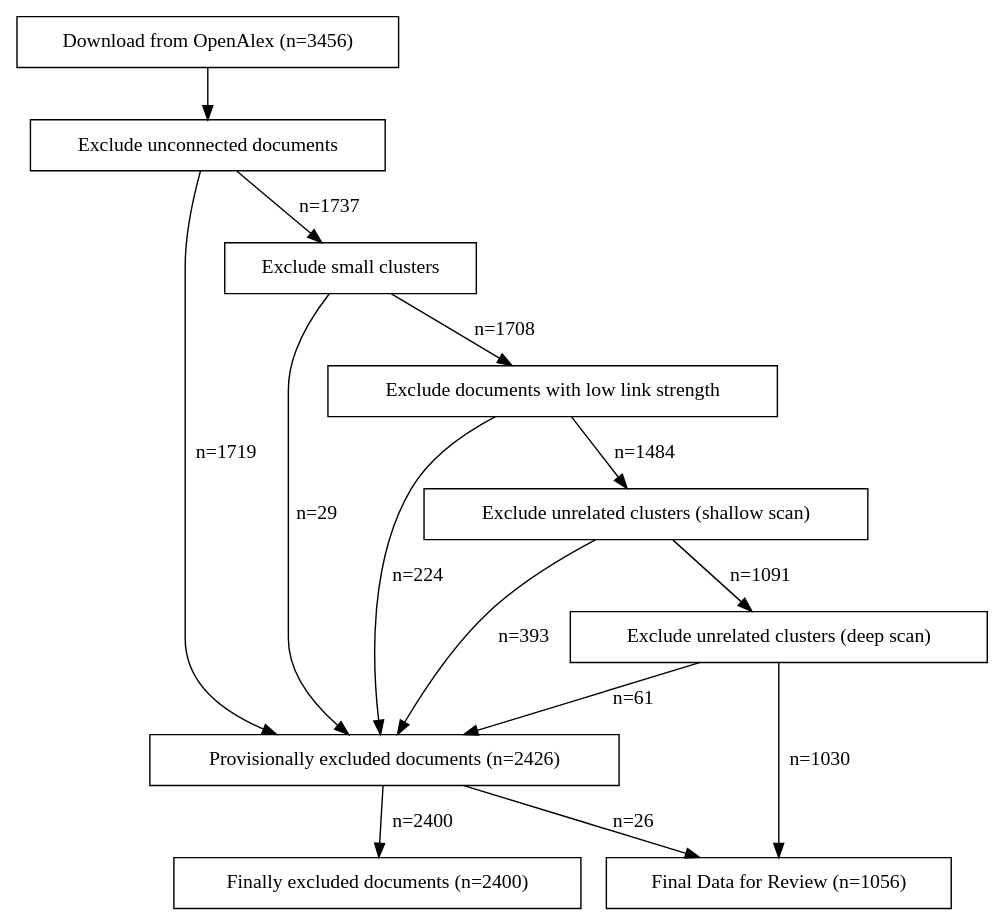
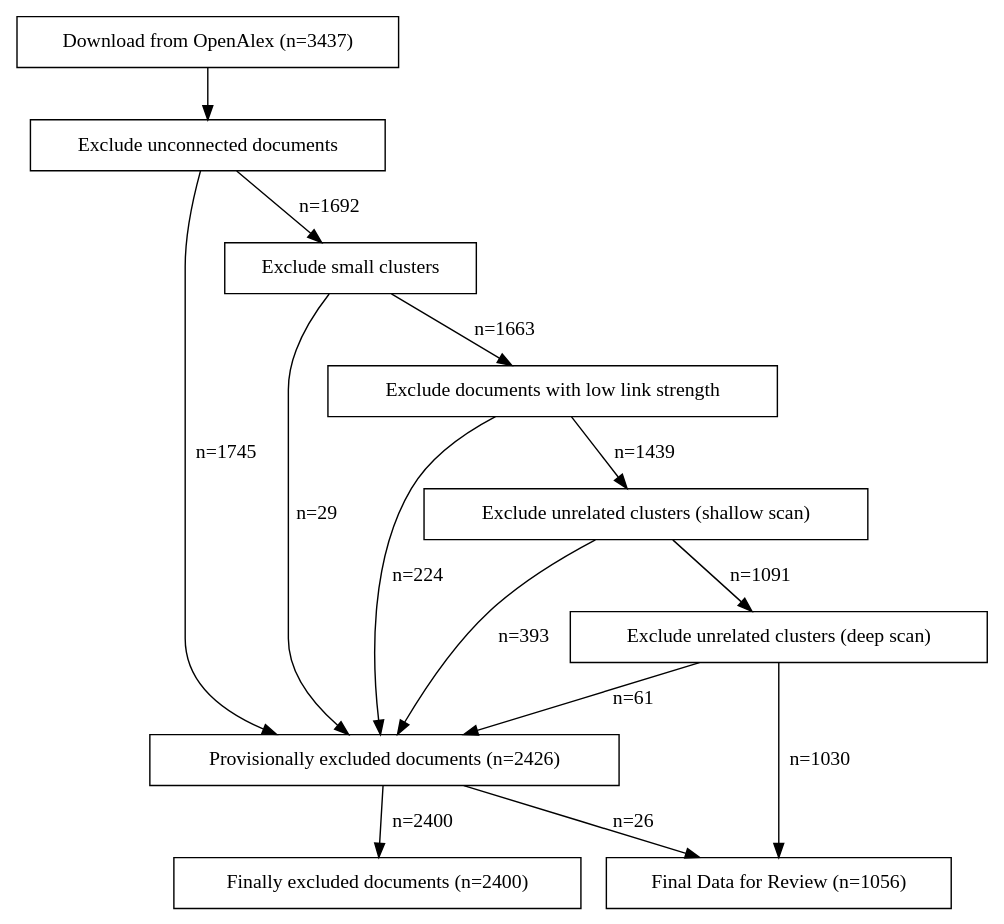
Before and after one commit to florianjehn/bibliometrics: the diagram in docs/flowchart.dot, drawn with Graphviz. The commit also changed 9 other files, not shown here.

```diff
--- a/docs/flowchart.dot
+++ b/docs/flowchart.dot
@@ -1,31 +1,31 @@
 digraph G {
     node [shape=box];
 
-    load_data [label="Download from OpenAlex (n=3456)"];
+    load_data [label="Download from OpenAlex (n=3437)"];
     filter_unconnected_documents [label="Exclude unconnected documents"];
     filter_clusters [label="Exclude small clusters"];
     filter_low_links [label="Exclude documents with low link strength"];
     filter_unrelated_clusters [label="Exclude unrelated clusters (shallow scan)"];
     filter_unrelated_clusters_deep [label="Exclude unrelated clusters (deep scan)"];
     excluded_documents [label="Provisionally excluded documents (n=2426)"];
     final_excluded_documents [label="Finally excluded documents (n=2400)"];
     final_data [label="Final Data for Review (n=1056)"];
 
 
     load_data -> filter_unconnected_documents;
-    filter_unconnected_documents -> filter_clusters [label="n=1737"];
-    filter_unconnected_documents -> excluded_documents [label="n=1719"];
-    filter_clusters -> filter_low_links [label="n=1708"];
+    filter_unconnected_documents -> filter_clusters [label="n=1692"];
+    filter_unconnected_documents -> excluded_documents [label="n=1745"];
+    filter_clusters -> filter_low_links [label="n=1663"];
     filter_low_links -> excluded_documents [label="n=224"];
-    filter_low_links -> filter_unrelated_clusters [label="n=1484"];
+    filter_low_links -> filter_unrelated_clusters [label="n=1439"];
     filter_unrelated_clusters -> excluded_documents [label="n=393"];
     filter_unrelated_clusters -> filter_unrelated_clusters_deep [label="n=1091"];
     filter_unrelated_clusters_deep -> excluded_documents [label="n=61"];
     filter_unrelated_clusters_deep -> final_data [label="n=1030"];
     filter_clusters -> excluded_documents [label="n=29"];
     excluded_documents -> final_excluded_documents [label="n=2400"];
     excluded_documents -> final_data [label="n=26"];
 
 
     
 }
```
